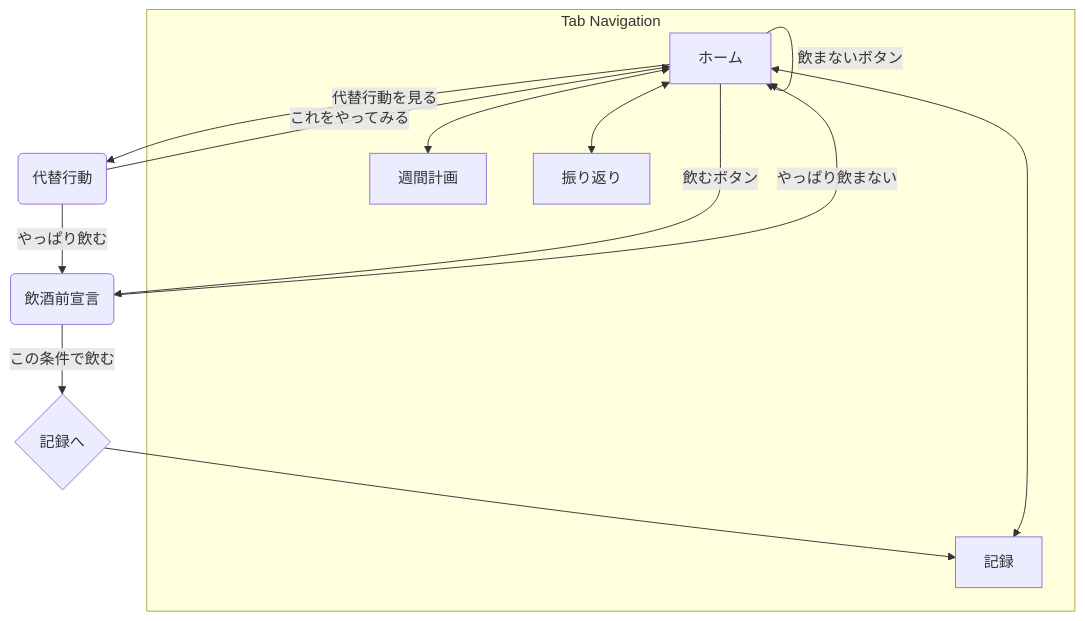
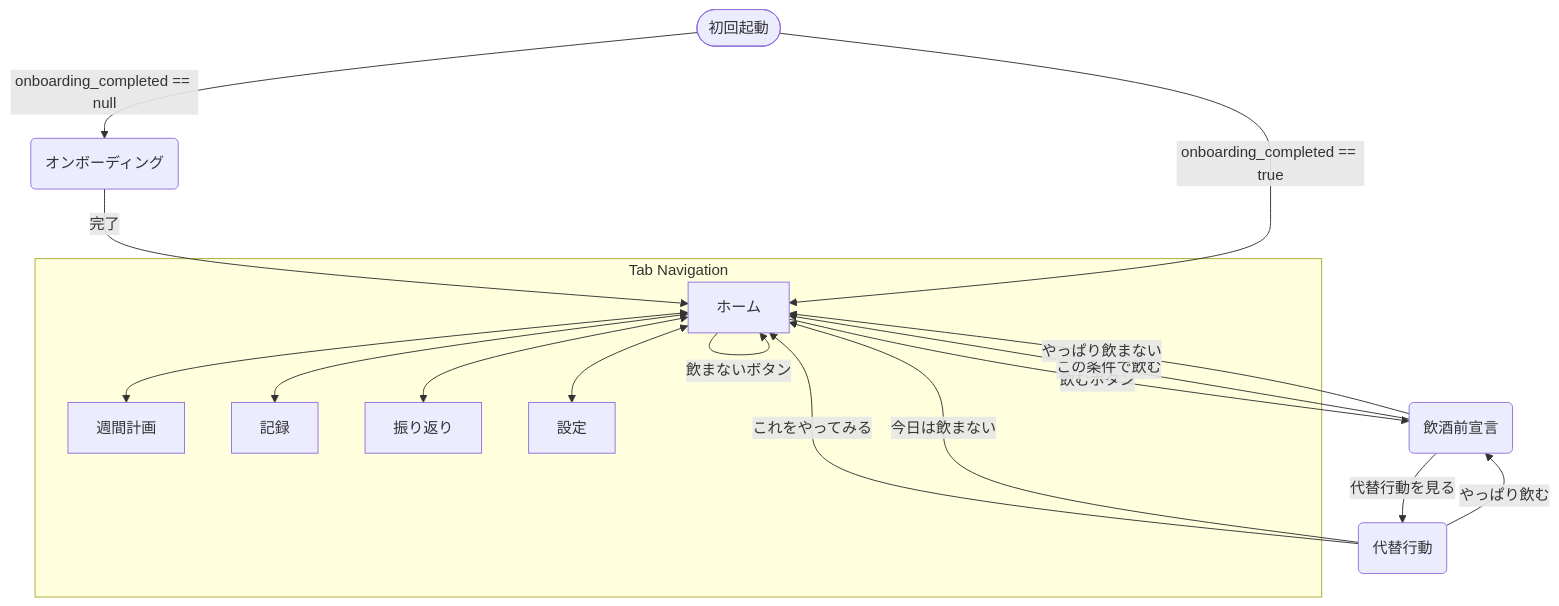
One commit to funyamora/Kyukanbi changed the diagram in doc/画面設計書.md. Above: the diagram before and after it, drawn with Mermaid. The commit also changed other lines of this file and 6 other files, not shown here.

````diff
--- a/doc/画面設計書.md
+++ b/doc/画面設計書.md
@@ -16,17 +20,22 @@
 ```mermaid
 graph TD
+    START([初回起動]) -->|onboarding_completed == null| OB(オンボーディング)
+    OB -->|完了| A
+    START -->|onboarding_completed == true| A
+
     A[ホーム] -->|飲むボタン| B(飲酒前宣言)
     A -->|飲まないボタン| A
-    A -->|代替行動を見る| C(代替行動)
-    B -->|この条件で飲む| D{記録へ}
+    B -->|この条件で飲む| A
+    B -->|代替行動を見る| C(代替行動)
     B -->|やっぱり飲まない| A
     C -->|これをやってみる| A
     C -->|やっぱり飲む| B
-    D --> E[記録]
+    C -->|今日は飲まない| A
 
     subgraph Tab Navigation
         A <--> F[週間計画]
-        A <--> E
+        A <--> E[記録]
         A <--> G[振り返り]
+        A <--> H[設定]
     end
 ```
````
